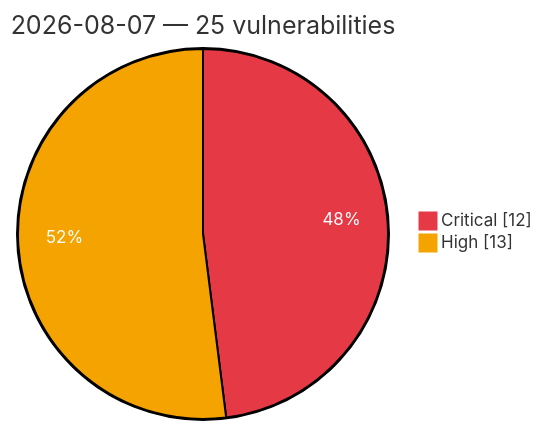
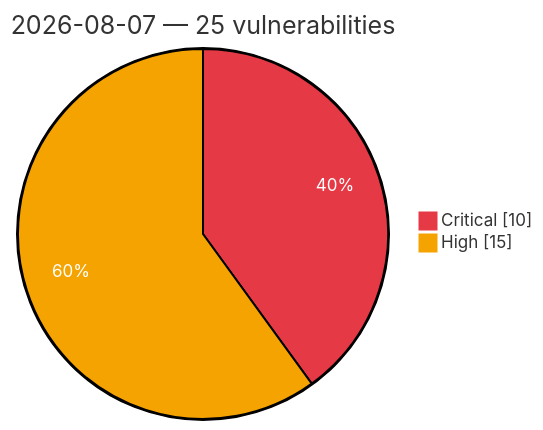
The diagram in vulnerabilities/2026-08-07.md (GhostX0X/vuln-tracker), drawn with Mermaid before and after one commit. The commit also changed other lines of this file and 1 other file, not shown here.

Commit message:
Auto update: critical/high vulns (2026-08-07 21:10 UTC)

````diff
--- a/vulnerabilities/2026-08-07.md
+++ b/vulnerabilities/2026-08-07.md
@@ -3,7 +3,7 @@
 ```mermaid
 %%{init: {'theme':'base', 'themeVariables': {'pie1':'#e63946', 'pie2':'#f4a300', 'pieOpacity':'1', 'pieOuterStrokeWidth':'2px', 'pieSectionTextColor':'#ffffff'}}}%%
 pie showData
     title 2026-08-07 — 25 vulnerabilities
-    "Critical" : 12
-    "High" : 13
+    "Critical" : 10
+    "High" : 15
 ```
````
